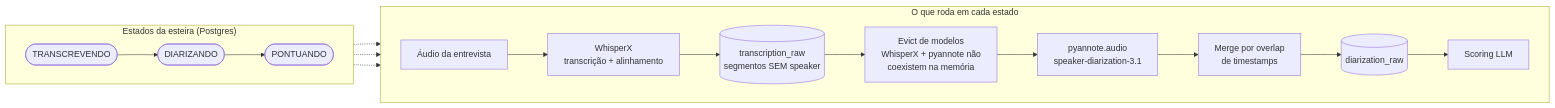
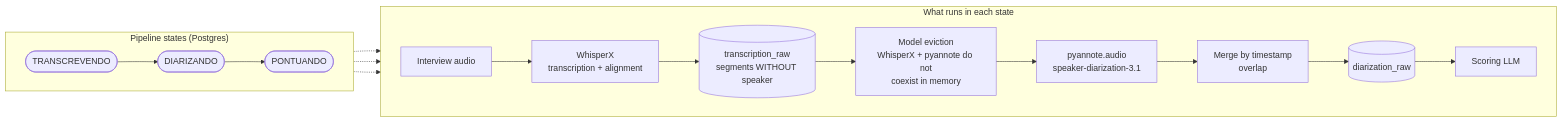
One commit to luccapinto/scorecard-pipeline changed the third of 3 diagrams in README.md. Above: the diagram before and after it, drawn with Mermaid. The commit also changed other lines of this file, not shown here.

````diff
--- a/README.md
+++ b/README.md
@@ -137,22 +136,22 @@
 ```mermaid
 flowchart LR
-    subgraph estados ["Estados da esteira (Postgres)"]
+    subgraph estados ["Pipeline states (Postgres)"]
         direction LR
         S1([TRANSCREVENDO]) --> S2([DIARIZANDO]) --> S3([PONTUANDO])
     end
 
-    subgraph trabalho ["O que roda em cada estado"]
+    subgraph trabalho ["What runs in each state"]
         direction LR
-        Audio[Áudio da entrevista] --> WX["WhisperX<br/>transcrição + alinhamento"]
-        WX --> TR[("transcription_raw<br/>segmentos SEM speaker")]
-        TR --> GC["Evict de modelos<br/>WhisperX + pyannote não<br/>coexistem na memória"]
+        Audio[Interview audio] --> WX["WhisperX<br/>transcription + alignment"]
+        WX --> TR[("transcription_raw<br/>segments WITHOUT speaker")]
+        TR --> GC["Model eviction<br/>WhisperX + pyannote do not<br/>coexist in memory"]
         GC --> PY["pyannote.audio<br/>speaker-diarization-3.1"]
-        PY --> MG["Merge por overlap<br/>de timestamps"]
+        PY --> MG["Merge by timestamp<br/>overlap"]
         MG --> DR[("diarization_raw")]
-        DR --> Scoring["Scoring LLM"]
+        DR --> Scoring[Scoring LLM]
     end
 
     S1 -.-> WX
     S2 -.-> PY
     S3 -.-> Scoring
 ```
````
